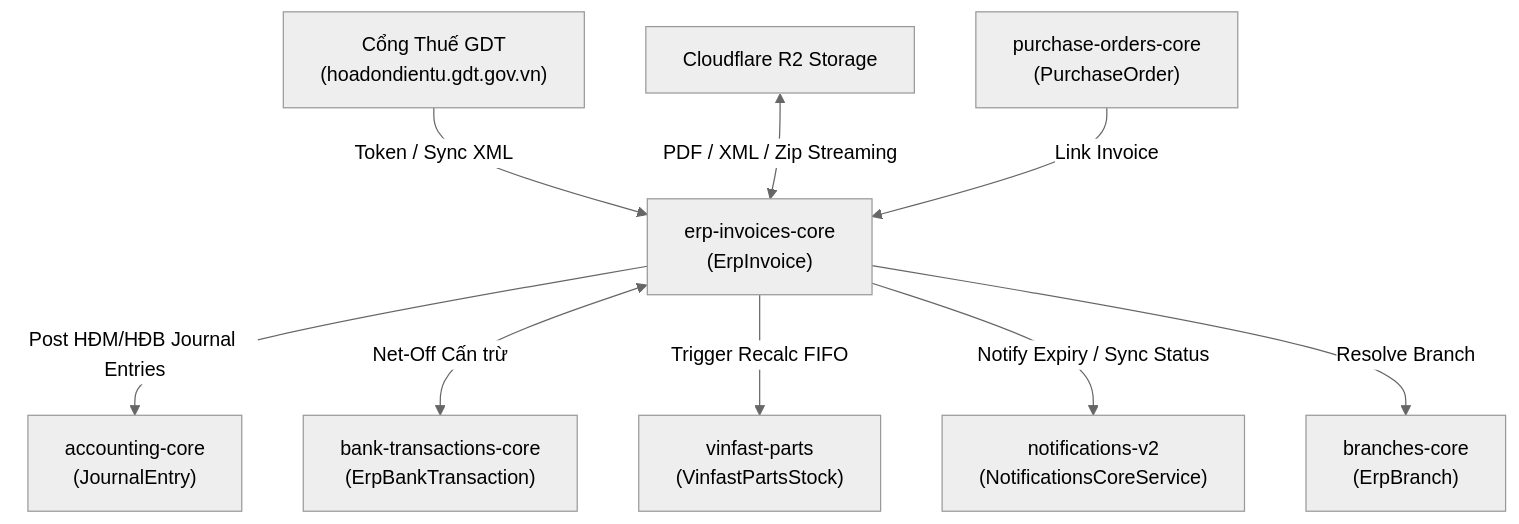
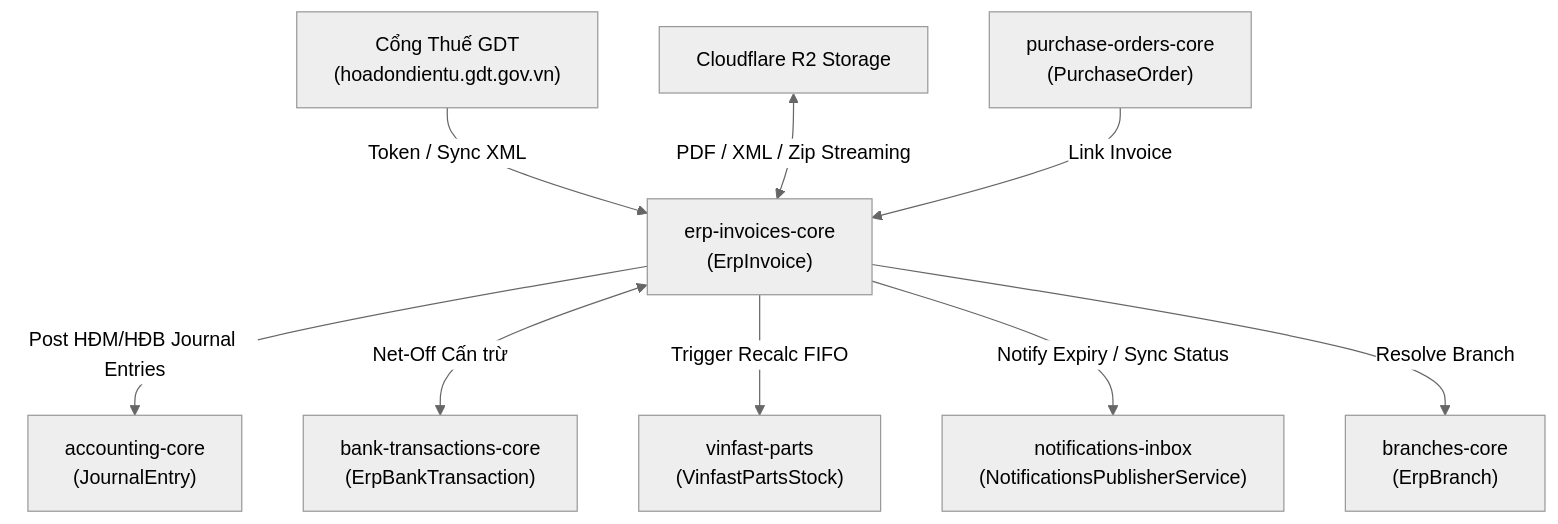
The diagram in .agents/skills/modules/erp-invoice/SKILL.md (kindustries-erp/erp-api), drawn with Mermaid (neutral theme) before and after one commit. The commit also changed other lines of this file and 78 other files, not shown here.

First line of the commit message:
refactor(notifications-v2): lõi base-only, module notifications-inbox và job-scheduler

````diff
--- a/.agents/skills/modules/erp-invoice/SKILL.md
+++ b/.agents/skills/modules/erp-invoice/SKILL.md
@@ -624,11 +624,11 @@
 ```mermaid
 graph TD
     GDT["Cổng Thuế GDT<br/>(hoadondientu.gdt.gov.vn)"] -->|Token / Sync XML| INVOICE["erp-invoices-core<br/>(ErpInvoice)"]
     R2["Cloudflare R2 Storage"] <-->|PDF / XML / Zip Streaming| INVOICE
     INVOICE -->|Post HĐM/HĐB Journal Entries| ACC["accounting-core<br/>(JournalEntry)"]
     INVOICE <-->|Net-Off Cấn trừ| BANK["bank-transactions-core<br/>(ErpBankTransaction)"]
     INVOICE -->|Trigger Recalc FIFO| VF["vinfast-parts<br/>(VinfastPartsStock)"]
-    INVOICE -->|Notify Expiry / Sync Status| NOTIF["notifications-v2<br/>(NotificationsCoreService)"]
+    INVOICE -->|Notify Expiry / Sync Status| NOTIF["notifications-inbox<br/>(NotificationsPublisherService)"]
     INVOICE -->|Resolve Branch| BRANCH["branches-core<br/>(ErpBranch)"]
     PO["purchase-orders-core<br/>(PurchaseOrder)"] -->|Link Invoice| INVOICE
 ```
````
